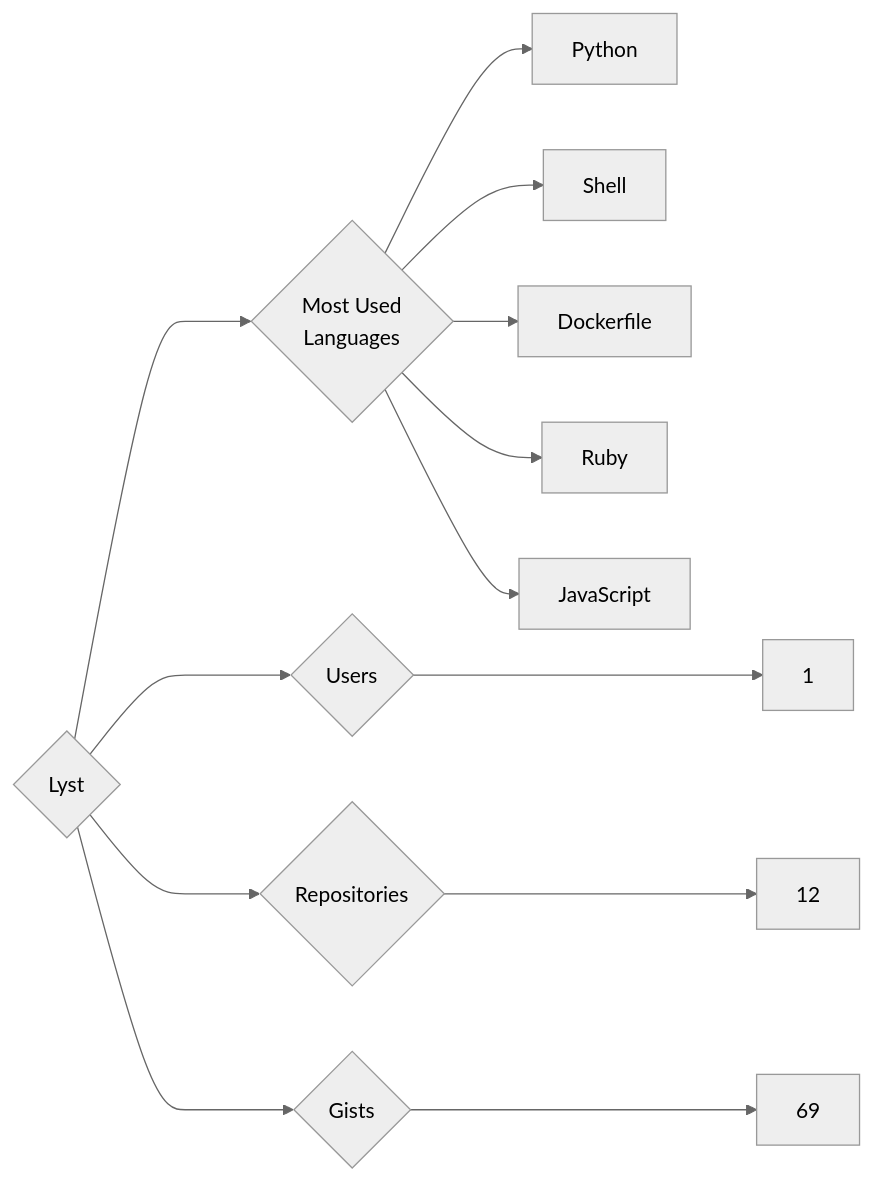
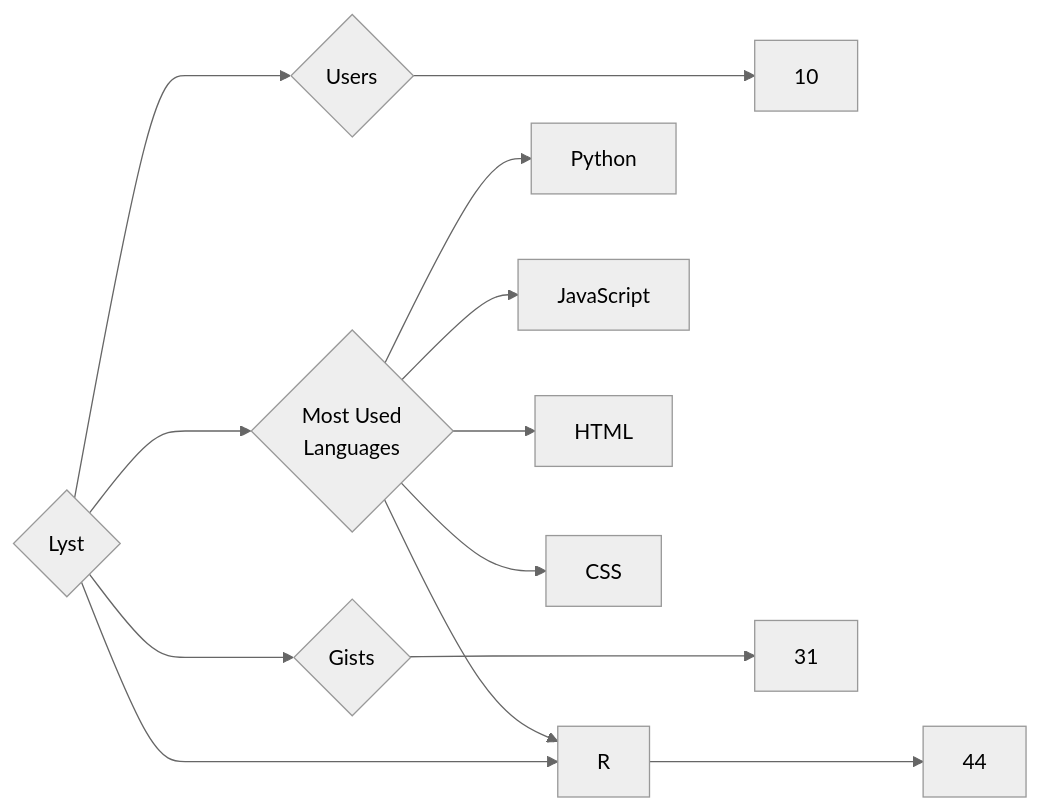
One commit to trickest/insiders changed the diagram in targets/Lyst/README.md. Above: the diagram before and after it, drawn with Mermaid (neutral theme). The commit also changed 777 other files, not shown here.

````diff
--- a/targets/Lyst/README.md
+++ b/targets/Lyst/README.md
@@ -3,13 +3,13 @@
 ```mermaid
 graph LR
 COMPANY_NAME{Lyst}
-COMPANY_NAME ---> U{Users} ---> UN[1]
-COMPANY_NAME ---> R{Repositories} ---> RN[12]
-COMPANY_NAME ---> G{Gists} ---> GN[69]
+COMPANY_NAME ---> U{Users} ---> UN[10]
+COMPANY_NAME ---> R{Repositories} ---> RN[44]
+COMPANY_NAME ---> G{Gists} ---> GN[31]
 COMPANY_NAME ---> ML{Most Used<br>Languages}
 ML --> Python[Python]
-ML --> Shell[Shell]
-ML --> Dockerfile[Dockerfile]
-ML --> Ruby[Ruby]
 ML --> JavaScript[JavaScript]
+ML --> HTML[HTML]
+ML --> R[R]
+ML --> CSS[CSS]
 ```
````
